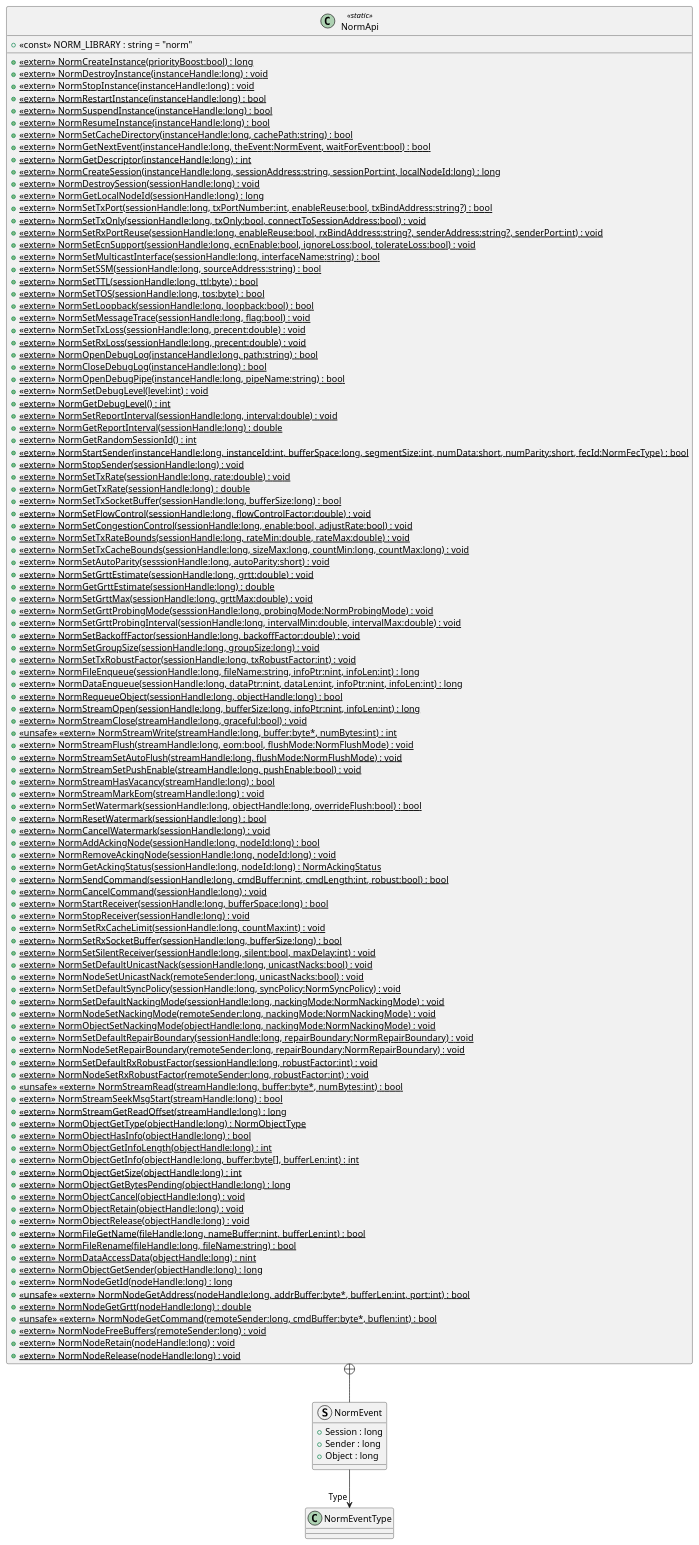
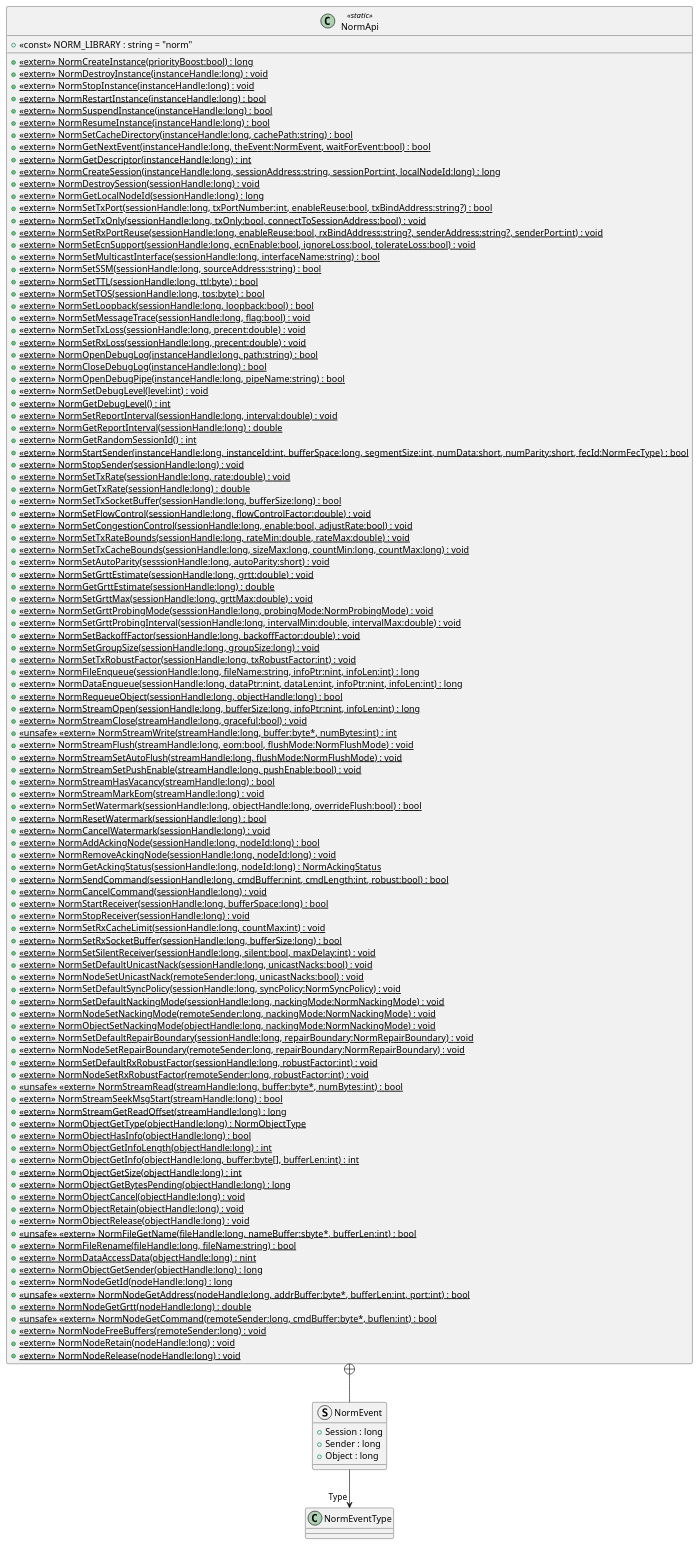
One commit to USNavalResearchLaboratory/norm changed the diagram in src/dotnet/design/Mil/Navy/Nrl/Norm/NormApi.puml. Above: the diagram before and after it, drawn with PlantUML. The commit also changed 2 other files, not shown here.

Commit message:
NormFile Refactor
* Updated NormFileGetName to use sbyte* to avoid casting

* Updated design

```diff
--- a/src/dotnet/design/Mil/Navy/Nrl/Norm/NormApi.puml
+++ b/src/dotnet/design/Mil/Navy/Nrl/Norm/NormApi.puml
@@ -1,119 +1,119 @@
 @startuml
 class NormApi <<static>> {
     + <<const>> NORM_LIBRARY : string = "norm"
     + {static} <<extern>> NormCreateInstance(priorityBoost:bool) : long
     + {static} <<extern>> NormDestroyInstance(instanceHandle:long) : void
     + {static} <<extern>> NormStopInstance(instanceHandle:long) : void
     + {static} <<extern>> NormRestartInstance(instanceHandle:long) : bool
     + {static} <<extern>> NormSuspendInstance(instanceHandle:long) : bool
     + {static} <<extern>> NormResumeInstance(instanceHandle:long) : bool
     + {static} <<extern>> NormSetCacheDirectory(instanceHandle:long, cachePath:string) : bool
     + {static} <<extern>> NormGetNextEvent(instanceHandle:long, theEvent:NormEvent, waitForEvent:bool) : bool
     + {static} <<extern>> NormGetDescriptor(instanceHandle:long) : int
     + {static} <<extern>> NormCreateSession(instanceHandle:long, sessionAddress:string, sessionPort:int, localNodeId:long) : long
     + {static} <<extern>> NormDestroySession(sessionHandle:long) : void
     + {static} <<extern>> NormGetLocalNodeId(sessionHandle:long) : long
     + {static} <<extern>> NormSetTxPort(sessionHandle:long, txPortNumber:int, enableReuse:bool, txBindAddress:string?) : bool
     + {static} <<extern>> NormSetTxOnly(sessionHandle:long, txOnly:bool, connectToSessionAddress:bool) : void
     + {static} <<extern>> NormSetRxPortReuse(sessionHandle:long, enableReuse:bool, rxBindAddress:string?, senderAddress:string?, senderPort:int) : void
     + {static} <<extern>> NormSetEcnSupport(sessionHandle:long, ecnEnable:bool, ignoreLoss:bool, tolerateLoss:bool) : void
     + {static} <<extern>> NormSetMulticastInterface(sessionHandle:long, interfaceName:string) : bool
     + {static} <<extern>> NormSetSSM(sessionHandle:long, sourceAddress:string) : bool
     + {static} <<extern>> NormSetTTL(sessionHandle:long, ttl:byte) : bool
     + {static} <<extern>> NormSetTOS(sessionHandle:long, tos:byte) : bool
     + {static} <<extern>> NormSetLoopback(sessionHandle:long, loopback:bool) : bool
     + {static} <<extern>> NormSetMessageTrace(sessionHandle:long, flag:bool) : void
     + {static} <<extern>> NormSetTxLoss(sessionHandle:long, precent:double) : void
     + {static} <<extern>> NormSetRxLoss(sessionHandle:long, precent:double) : void
     + {static} <<extern>> NormOpenDebugLog(instanceHandle:long, path:string) : bool
     + {static} <<extern>> NormCloseDebugLog(instanceHandle:long) : bool
     + {static} <<extern>> NormOpenDebugPipe(instanceHandle:long, pipeName:string) : bool
     + {static} <<extern>> NormSetDebugLevel(level:int) : void
     + {static} <<extern>> NormGetDebugLevel() : int
     + {static} <<extern>> NormSetReportInterval(sessionHandle:long, interval:double) : void
     + {static} <<extern>> NormGetReportInterval(sessionHandle:long) : double
     + {static} <<extern>> NormGetRandomSessionId() : int
     + {static} <<extern>> NormStartSender(instanceHandle:long, instanceId:int, bufferSpace:long, segmentSize:int, numData:short, numParity:short, fecId:NormFecType) : bool
     + {static} <<extern>> NormStopSender(sessionHandle:long) : void
     + {static} <<extern>> NormSetTxRate(sessionHandle:long, rate:double) : void
     + {static} <<extern>> NormGetTxRate(sessionHandle:long) : double
     + {static} <<extern>> NormSetTxSocketBuffer(sessionHandle:long, bufferSize:long) : bool
     + {static} <<extern>> NormSetFlowControl(sessionHandle:long, flowControlFactor:double) : void
     + {static} <<extern>> NormSetCongestionControl(sessionHandle:long, enable:bool, adjustRate:bool) : void
     + {static} <<extern>> NormSetTxRateBounds(sessionHandle:long, rateMin:double, rateMax:double) : void
     + {static} <<extern>> NormSetTxCacheBounds(sessionHandle:long, sizeMax:long, countMin:long, countMax:long) : void
     + {static} <<extern>> NormSetAutoParity(sesssionHandle:long, autoParity:short) : void
     + {static} <<extern>> NormSetGrttEstimate(sessionHandle:long, grtt:double) : void
     + {static} <<extern>> NormGetGrttEstimate(sessionHandle:long) : double
     + {static} <<extern>> NormSetGrttMax(sessionHandle:long, grttMax:double) : void
     + {static} <<extern>> NormSetGrttProbingMode(sesssionHandle:long, probingMode:NormProbingMode) : void
     + {static} <<extern>> NormSetGrttProbingInterval(sessionHandle:long, intervalMin:double, intervalMax:double) : void
     + {static} <<extern>> NormSetBackoffFactor(sessionHandle:long, backoffFactor:double) : void
     + {static} <<extern>> NormSetGroupSize(sessionHandle:long, groupSize:long) : void
     + {static} <<extern>> NormSetTxRobustFactor(sessionHandle:long, txRobustFactor:int) : void
     + {static} <<extern>> NormFileEnqueue(sessionHandle:long, fileName:string, infoPtr:nint, infoLen:int) : long
     + {static} <<extern>> NormDataEnqueue(sessionHandle:long, dataPtr:nint, dataLen:int, infoPtr:nint, infoLen:int) : long
     + {static} <<extern>> NormRequeueObject(sessionHandle:long, objectHandle:long) : bool
     + {static} <<extern>> NormStreamOpen(sessionHandle:long, bufferSize:long, infoPtr:nint, infoLen:int) : long
     + {static} <<extern>> NormStreamClose(streamHandle:long, graceful:bool) : void
     + <<unsafe>> {static} <<extern>> NormStreamWrite(streamHandle:long, buffer:byte*, numBytes:int) : int
     + {static} <<extern>> NormStreamFlush(streamHandle:long, eom:bool, flushMode:NormFlushMode) : void
     + {static} <<extern>> NormStreamSetAutoFlush(streamHandle:long, flushMode:NormFlushMode) : void
     + {static} <<extern>> NormStreamSetPushEnable(streamHandle:long, pushEnable:bool) : void
     + {static} <<extern>> NormStreamHasVacancy(streamHandle:long) : bool
     + {static} <<extern>> NormStreamMarkEom(streamHandle:long) : void
     + {static} <<extern>> NormSetWatermark(sessionHandle:long, objectHandle:long, overrideFlush:bool) : bool
     + {static} <<extern>> NormResetWatermark(sessionHandle:long) : bool
     + {static} <<extern>> NormCancelWatermark(sessionHandle:long) : void
     + {static} <<extern>> NormAddAckingNode(sessionHandle:long, nodeId:long) : bool
     + {static} <<extern>> NormRemoveAckingNode(sessionHandle:long, nodeId:long) : void
     + {static} <<extern>> NormGetAckingStatus(sessionHandle:long, nodeId:long) : NormAckingStatus
     + {static} <<extern>> NormSendCommand(sessionHandle:long, cmdBuffer:nint, cmdLength:int, robust:bool) : bool
     + {static} <<extern>> NormCancelCommand(sessionHandle:long) : void
     + {static} <<extern>> NormStartReceiver(sessionHandle:long, bufferSpace:long) : bool
     + {static} <<extern>> NormStopReceiver(sessionHandle:long) : void
     + {static} <<extern>> NormSetRxCacheLimit(sessionHandle:long, countMax:int) : void
     + {static} <<extern>> NormSetRxSocketBuffer(sessionHandle:long, bufferSize:long) : bool
     + {static} <<extern>> NormSetSilentReceiver(sessionHandle:long, silent:bool, maxDelay:int) : void
     + {static} <<extern>> NormSetDefaultUnicastNack(sessionHandle:long, unicastNacks:bool) : void
     + {static} <<extern>> NormNodeSetUnicastNack(remoteSender:long, unicastNacks:bool) : void
     + {static} <<extern>> NormSetDefaultSyncPolicy(sessionHandle:long, syncPolicy:NormSyncPolicy) : void
     + {static} <<extern>> NormSetDefaultNackingMode(sessionHandle:long, nackingMode:NormNackingMode) : void
     + {static} <<extern>> NormNodeSetNackingMode(remoteSender:long, nackingMode:NormNackingMode) : void
     + {static} <<extern>> NormObjectSetNackingMode(objectHandle:long, nackingMode:NormNackingMode) : void
     + {static} <<extern>> NormSetDefaultRepairBoundary(sessionHandle:long, repairBoundary:NormRepairBoundary) : void
     + {static} <<extern>> NormNodeSetRepairBoundary(remoteSender:long, repairBoundary:NormRepairBoundary) : void
     + {static} <<extern>> NormSetDefaultRxRobustFactor(sessionHandle:long, robustFactor:int) : void
     + {static} <<extern>> NormNodeSetRxRobustFactor(remoteSender:long, robustFactor:int) : void
     + <<unsafe>> {static} <<extern>> NormStreamRead(streamHandle:long, buffer:byte*, numBytes:int) : bool
     + {static} <<extern>> NormStreamSeekMsgStart(streamHandle:long) : bool
     + {static} <<extern>> NormStreamGetReadOffset(streamHandle:long) : long
     + {static} <<extern>> NormObjectGetType(objectHandle:long) : NormObjectType
     + {static} <<extern>> NormObjectHasInfo(objectHandle:long) : bool
     + {static} <<extern>> NormObjectGetInfoLength(objectHandle:long) : int
     + {static} <<extern>> NormObjectGetInfo(objectHandle:long, buffer:byte[], bufferLen:int) : int
     + {static} <<extern>> NormObjectGetSize(objectHandle:long) : int
     + {static} <<extern>> NormObjectGetBytesPending(objectHandle:long) : long
     + {static} <<extern>> NormObjectCancel(objectHandle:long) : void
     + {static} <<extern>> NormObjectRetain(objectHandle:long) : void
     + {static} <<extern>> NormObjectRelease(objectHandle:long) : void
-    + {static} <<extern>> NormFileGetName(fileHandle:long, nameBuffer:nint, bufferLen:int) : bool
+    + <<unsafe>> {static} <<extern>> NormFileGetName(fileHandle:long, nameBuffer:sbyte*, bufferLen:int) : bool
     + {static} <<extern>> NormFileRename(fileHandle:long, fileName:string) : bool
     + {static} <<extern>> NormDataAccessData(objectHandle:long) : nint
     + {static} <<extern>> NormObjectGetSender(objectHandle:long) : long
     + {static} <<extern>> NormNodeGetId(nodeHandle:long) : long
     + <<unsafe>> {static} <<extern>> NormNodeGetAddress(nodeHandle:long, addrBuffer:byte*, bufferLen:int, port:int) : bool
     + {static} <<extern>> NormNodeGetGrtt(nodeHandle:long) : double
     + <<unsafe>> {static} <<extern>> NormNodeGetCommand(remoteSender:long, cmdBuffer:byte*, buflen:int) : bool
     + {static} <<extern>> NormNodeFreeBuffers(remoteSender:long) : void
     + {static} <<extern>> NormNodeRetain(nodeHandle:long) : void
     + {static} <<extern>> NormNodeRelease(nodeHandle:long) : void
 }
 struct NormEvent {
     + Session : long
     + Sender : long
     + Object : long
 }
 NormApi +-- NormEvent
 NormEvent --> "Type" NormEventType
 @enduml
```
